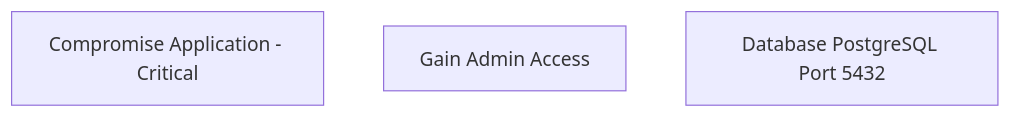
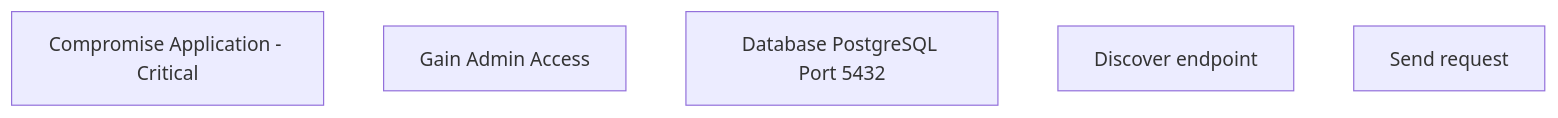
One commit to CyberSecAI/BMAD-METHOD changed the fourth of 9 diagrams in common/utils/mermaid-syntax-guide.md. Above: the diagram before and after it, drawn with Mermaid. The commit also changed other lines of this file and 1 other file, not shown here.

First line of the commit message:
feat: Improve attack tree visualization with better Mermaid syntax

````diff
--- a/common/utils/mermaid-syntax-guide.md
+++ b/common/utils/mermaid-syntax-guide.md
@@ -50,6 +61,8 @@
 ```mermaid
 graph TD
     root[Compromise Application - Critical]
     auth[Gain Admin Access]
     db[Database PostgreSQL Port 5432]
+    step1[Discover endpoint]
+    step2[Send request]
 ```
````
